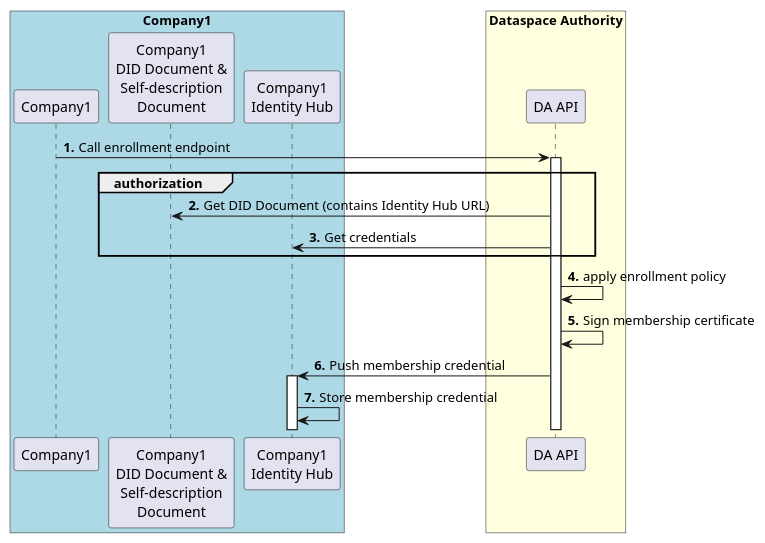
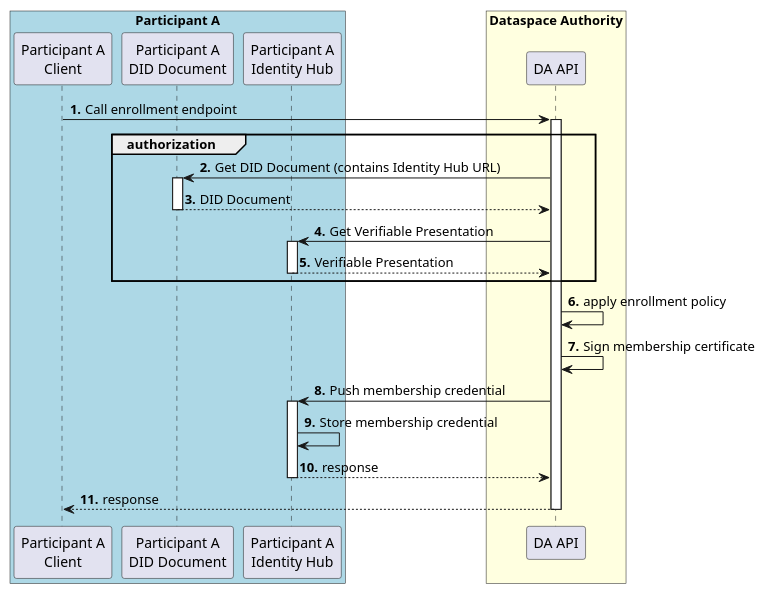
The diagram in docs/developer/decision-records/2022-06-08-identity-hub/onboarding.puml (agera-edc/IdentityHubOld), drawn with PlantUML before and after one commit. The commit also changed 1 other file, not shown here.

Commit message:
Consolidate onboarding diagram

```diff
--- a/docs/developer/decision-records/2022-06-08-identity-hub/onboarding.puml
+++ b/docs/developer/decision-records/2022-06-08-identity-hub/onboarding.puml
@@ -1,23 +1,27 @@
 @startuml
 autonumber "<b>0'.'"
-box "Company1" #LightBlue
-Participant Company1
-Participant "Company1\nDID Document &\nSelf-description\nDocument" as DID1
-Participant "Company1\nIdentity Hub" as IDHUB1
+box "Participant A" #LightBlue
+Participant "Participant A\nClient" as ParticipantA
+Participant "Participant A\nDID Document" as DID
+Participant "Participant A\nIdentity Hub" as IDHUB
 end box
 box "Dataspace Authority" #LightYellow
 Participant "DA API" as DA
 end box
 
-Company1 -> DA ++: Call enrollment endpoint
+ParticipantA -> DA ++: Call enrollment endpoint
 group authorization
-    DA -> DID1: Get DID Document (contains Identity Hub URL)
-    DA -> IDHUB1: Get credentials
+    DA -> DID ++: Get DID Document (contains Identity Hub URL)
+    return DID Document
+    DA -> IDHUB ++: Get Verifiable Presentation
+    return Verifiable Presentation
 end
 
 DA -> DA: apply enrollment policy
 DA -> DA: Sign membership certificate
-DA -> IDHUB1 ++: Push membership credential
-IDHUB1 -> IDHUB1: Store membership credential
+DA -> IDHUB ++: Push membership credential
+IDHUB -> IDHUB: Store membership credential
+return response
+return response
 
 @enduml
```
